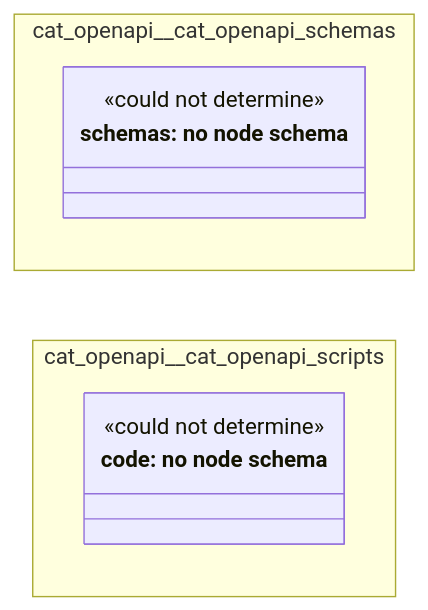
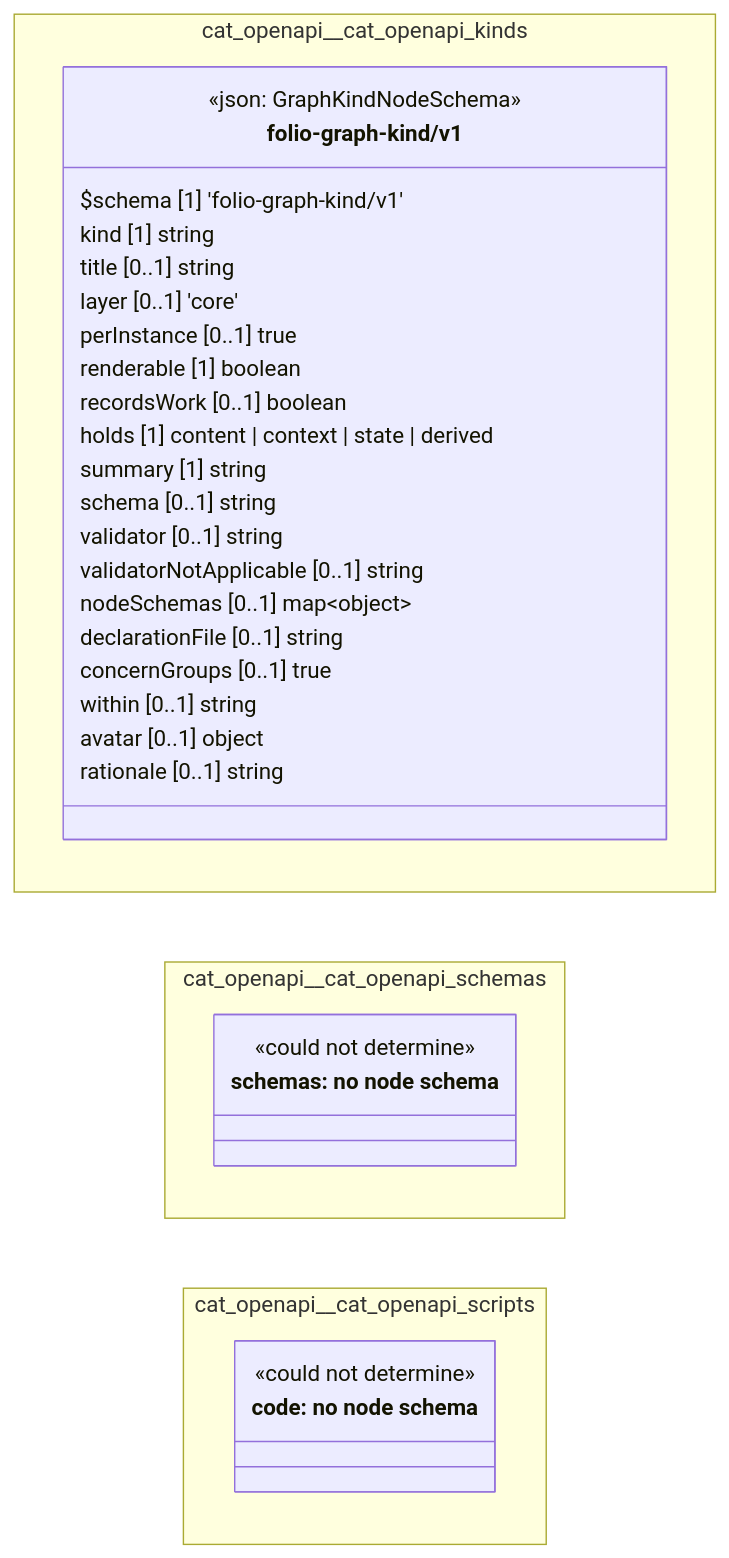
The diagram in cat-harness/docs/uml/overview/cat-openapi.md (litlfred/folio-assistant), drawn with Mermaid before and after one commit. The commit also changed other lines of this file and 101 other files, not shown here.

First line of the commit message:
regen for dmx1 (kinds/ READMEs, site data, glossary); kind:register declares it covers the kinds graph

````diff
--- a/cat-harness/docs/uml/overview/cat-openapi.md
+++ b/cat-harness/docs/uml/overview/cat-openapi.md
@@ -44,18 +46,42 @@
 ```mermaid
 classDiagram
   direction LR
+  namespace cat_openapi__cat_openapi_kinds {
+    class cat_openapi_cat_openapi_kinds_folio_graph_kind_v1_folio_graph_kind_v1["folio-graph-kind/v1"] {
+      <<json: GraphKindNodeSchema>>
+      $schema [1] 'folio-graph-kind/v1'
+      kind [1] string
+      title [0..1] string
+      layer [0..1] 'core'
+      perInstance [0..1] true
+      renderable [1] boolean
+      recordsWork [0..1] boolean
+      holds [1] content | context | state | derived
+      summary [1] string
+      schema [0..1] string
+      validator [0..1] string
+      validatorNotApplicable [0..1] string
+      nodeSchemas [0..1] map~object~
+      declarationFile [0..1] string
+      concernGroups [0..1] true
+      within [0..1] string
+      avatar [0..1] object
+      rationale [0..1] string
+    }
+  }
   namespace cat_openapi__cat_openapi_schemas {
     class n_cat_openapi_cat_openapi_schemas_schemas["schemas: no node schema"] {
       <<could not determine>>
     }
   }
   namespace cat_openapi__cat_openapi_scripts {
     class n_cat_openapi_cat_openapi_scripts_code["code: no node schema"] {
       <<could not determine>>
     }
   }
+  cssClass "cat_openapi_cat_openapi_kinds_folio_graph_kind_v1_folio_graph_kind_v1" fa_uml_kind_kinds
   cssClass "n_cat_openapi_cat_openapi_schemas_schemas" fa_uml_kind_schemas
   cssClass "n_cat_openapi_cat_openapi_schemas_schemas" fa_uml_undetermined
   cssClass "n_cat_openapi_cat_openapi_scripts_code" fa_uml_kind_code
   cssClass "n_cat_openapi_cat_openapi_scripts_code" fa_uml_undetermined
 ```
````
